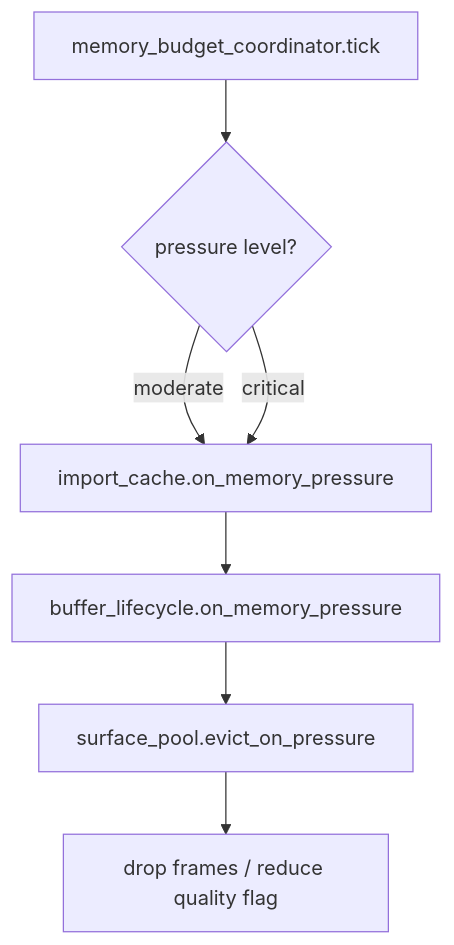
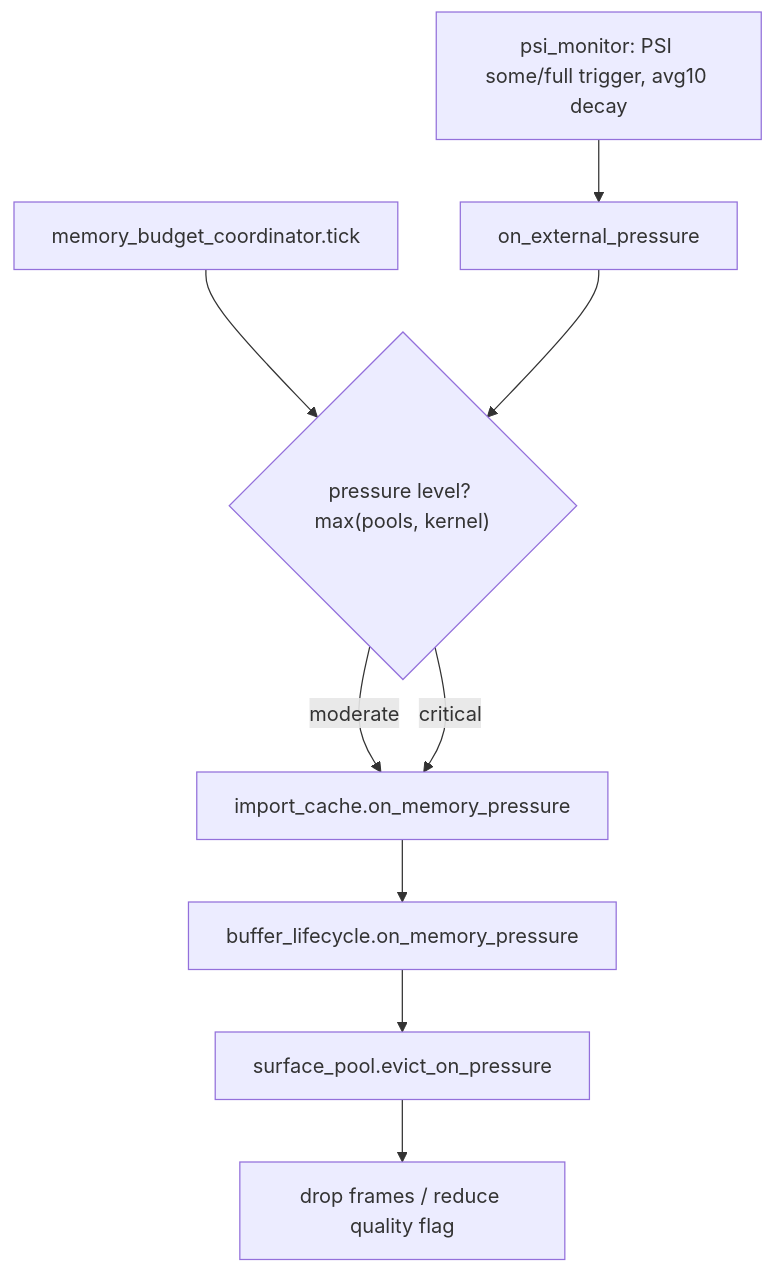
One commit to dimmus/lumen changed the diagram in docs/uml/34-memory-pressure-response.mmd. Above: the diagram before and after it, drawn with Mermaid. The commit also changed 9 other files, not shown here.

First line of the commit message:
Memory: react to kernel PSI pressure

```diff
--- a/docs/uml/34-memory-pressure-response.mmd
+++ b/docs/uml/34-memory-pressure-response.mmd
@@ -1,11 +1,14 @@
 flowchart TD
     COORD[memory_budget_coordinator.tick]
-    EVAL{pressure level?}
+    PSI[psi_monitor: PSI some/full trigger, avg10 decay]
+    EXT[on_external_pressure]
+    EVAL{"pressure level? max(pools, kernel)"}
     IC[import_cache.on_memory_pressure]
     BL[buffer_lifecycle.on_memory_pressure]
     SP[surface_pool.evict_on_pressure]
     DROP[drop frames / reduce quality flag]
 
     COORD --> EVAL
+    PSI --> EXT --> EVAL
     EVAL -->|moderate| IC
     EVAL -->|critical| IC --> BL --> SP --> DROP
```
